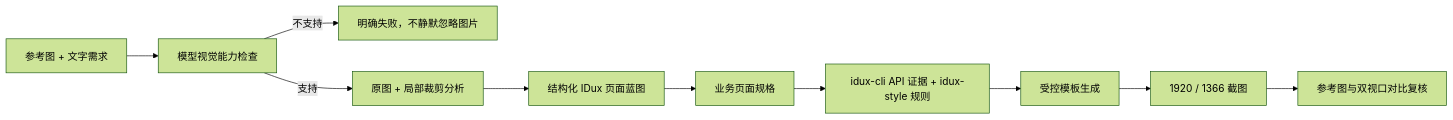
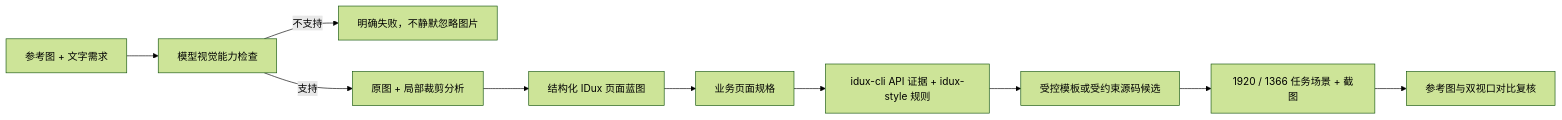
Before and after one commit to Jouryjc/ai-dashboard: the second of 2 diagrams in docs/multi-artifact-architecture.md, drawn with Mermaid (forest theme). The commit also changed other lines of this file and 18 other files, not shown here.

````diff
--- a/docs/multi-artifact-architecture.md
+++ b/docs/multi-artifact-architecture.md
@@ -63,12 +63,12 @@
 ```mermaid
 flowchart LR
   I["参考图 + 文字需求"] --> C["模型视觉能力检查"]
   C -->|"不支持"| B["明确失败，不静默忽略图片"]
   C -->|"支持"| A["原图 + 局部裁剪分析"]
   A --> S["结构化 IDux 页面蓝图"]
   S --> P["业务页面规格"]
   P --> E["idux-cli API 证据 + idux-style 规则"]
-  E --> G["受控模板生成"]
-  G --> V["1920 / 1366 截图"]
+  E --> G["受控模板或受约束源码候选"]
+  G --> V["1920 / 1366 任务场景 + 截图"]
   V --> R["参考图与双视口对比复核"]
 ```
````
